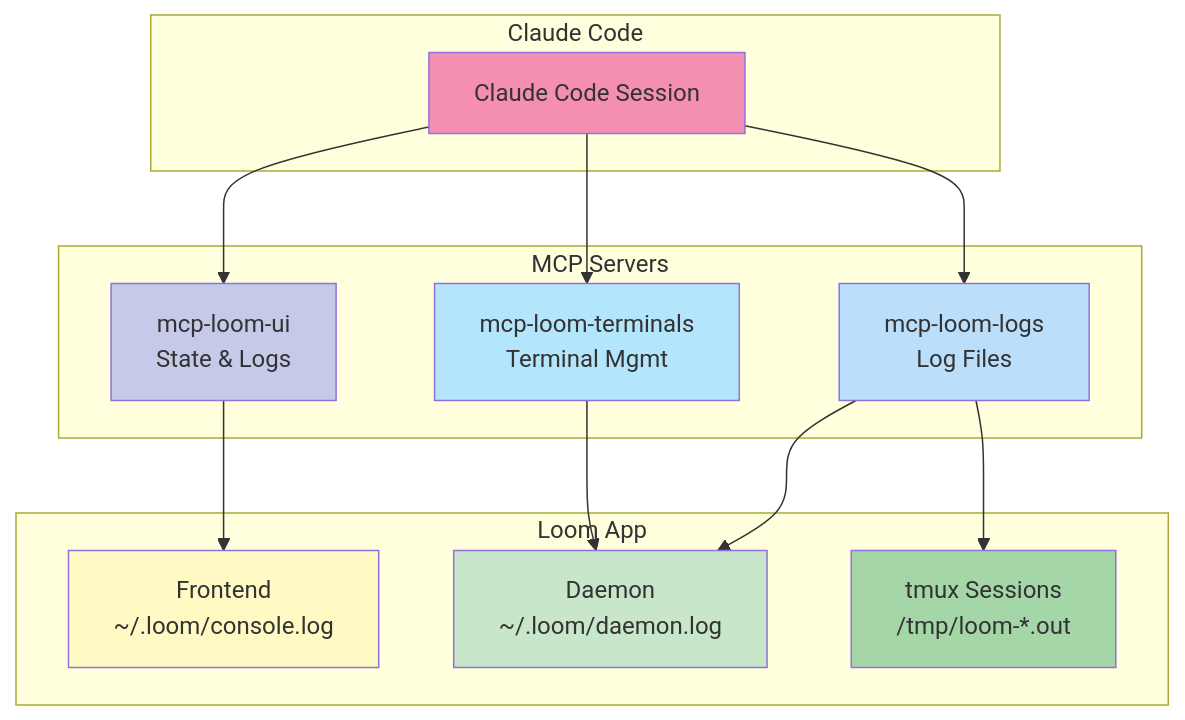
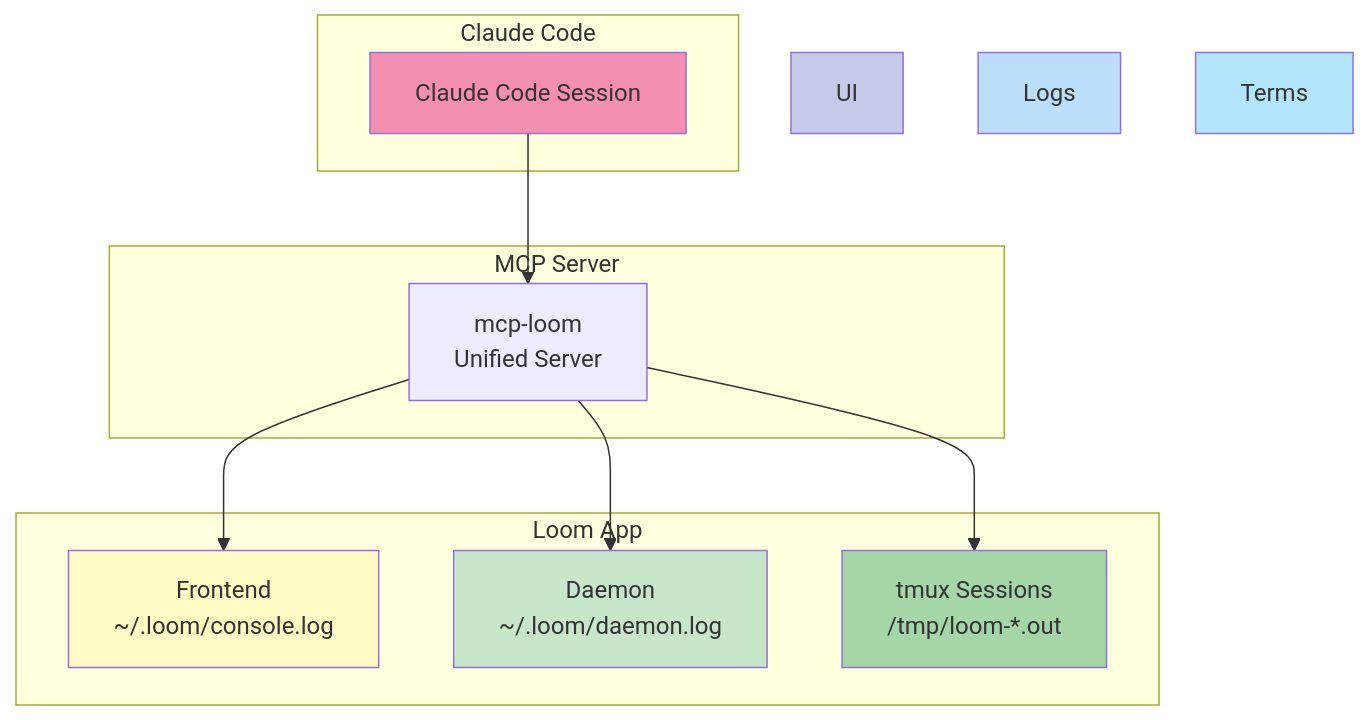
One commit to rjwalters/loom changed the tenth of 10 diagrams in docs/architecture/system-overview.md. Above: the diagram before and after it, drawn with Mermaid. The commit also changed other lines of this file and 34 other files, not shown here.

````diff
--- a/docs/architecture/system-overview.md
+++ b/docs/architecture/system-overview.md
@@ -384,35 +384,30 @@
 ```mermaid
 graph TB
     subgraph "Claude Code"
         CC[Claude Code Session]
     end
 
-    subgraph "MCP Servers"
-        UI[mcp-loom-ui<br/>State & Logs]
-        Logs[mcp-loom-logs<br/>Log Files]
-        Terms[mcp-loom-terminals<br/>Terminal Mgmt]
+    subgraph "MCP Server"
+        MCP[mcp-loom<br/>Unified Server]
     end
 
     subgraph "Loom App"
         Frontend[Frontend<br/>~/.loom/console.log]
         Daemon[Daemon<br/>~/.loom/daemon.log]
         Tmux[tmux Sessions<br/>/tmp/loom-*.out]
     end
 
-    CC --> UI
-    CC --> Logs
-    CC --> Terms
+    CC --> MCP
 
-    UI --> Frontend
-    Logs --> Daemon
-    Logs --> Tmux
-    Terms --> Daemon
+    MCP --> Frontend
+    MCP --> Daemon
+    MCP --> Tmux
 
     style CC fill:#f48fb1
     style UI fill:#c5cae9
     style Logs fill:#bbdefb
     style Terms fill:#b3e5fc
     style Frontend fill:#fff9c4
     style Daemon fill:#c8e6c9
     style Tmux fill:#a5d6a7
 ```
````
